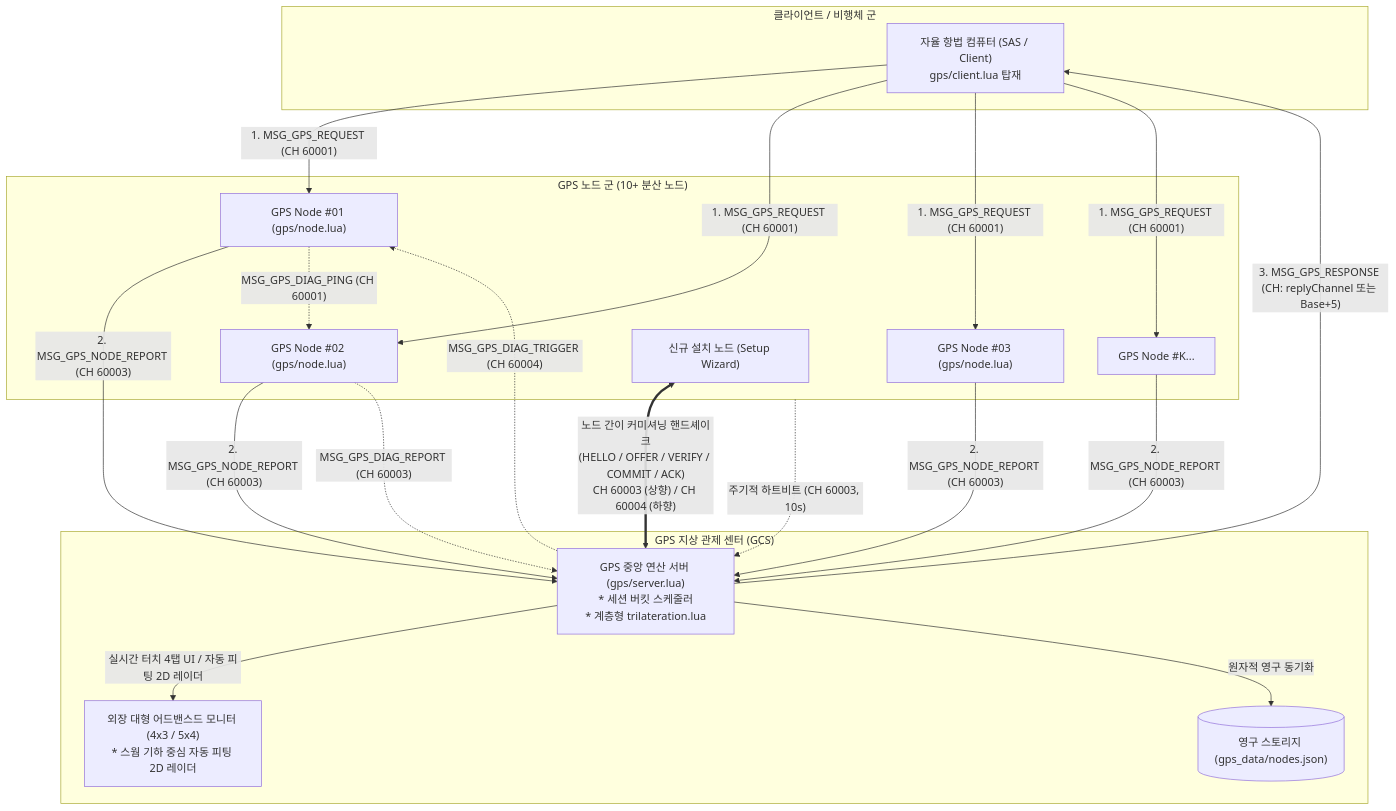
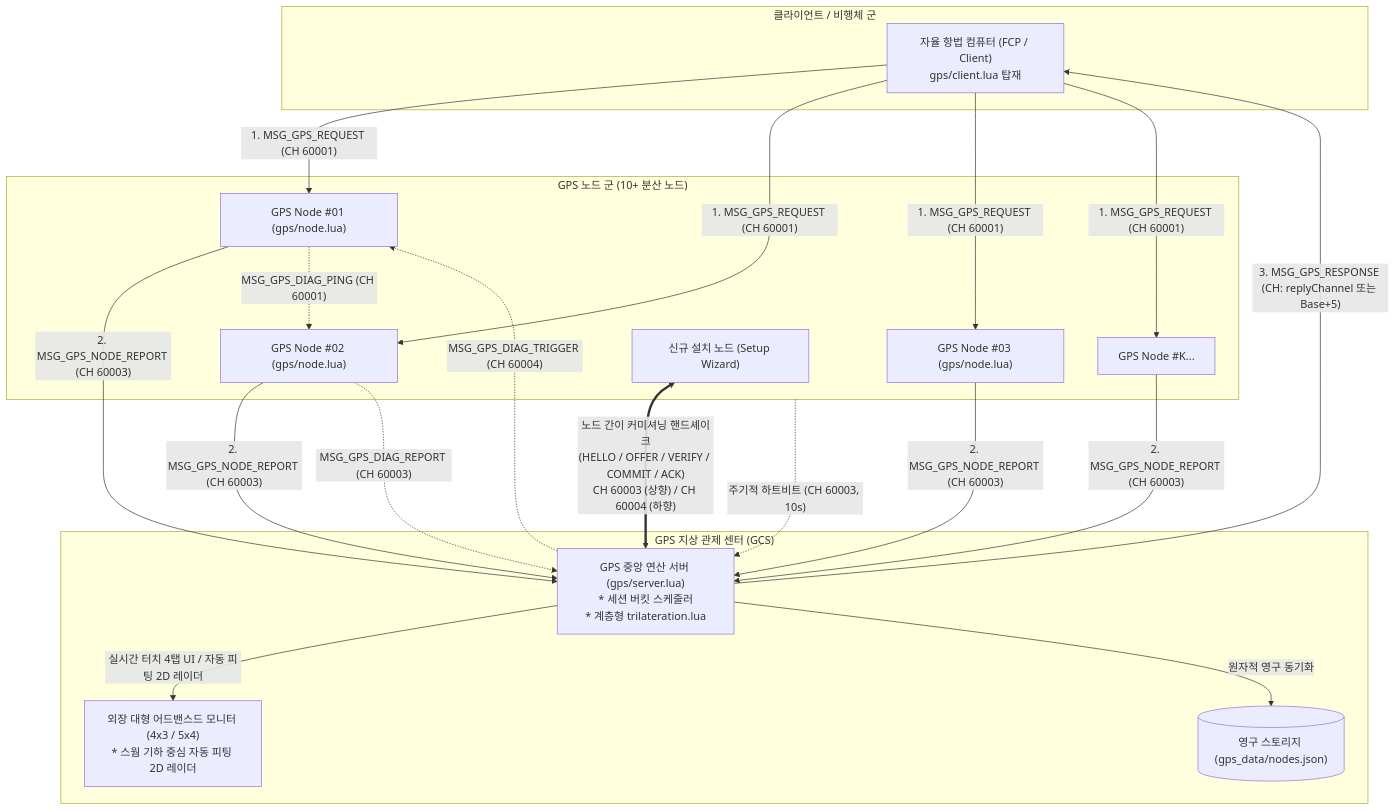
One commit to Polimachi/Aeroneutics_Autopilot changed the first of 3 diagrams in docs/specs/0_infra/gps/GPS_PROGRAM_SPECIFICATION_AND_ICD.md. Above: the diagram before and after it, drawn with Mermaid. The commit also changed other lines of this file and 9 other files, not shown here.

````diff
--- a/docs/specs/0_infra/gps/GPS_PROGRAM_SPECIFICATION_AND_ICD.md
+++ b/docs/specs/0_infra/gps/GPS_PROGRAM_SPECIFICATION_AND_ICD.md
@@ -85,48 +86,48 @@
 ```mermaid
 flowchart TD
     subgraph CLIENT_ZONE["클라이언트 / 비행체 군"]
-        SAS["자율 항법 컴퓨터 (SAS / Client)<br/>gps/client.lua 탑재"]
+        FCP["자율 항법 컴퓨터 (FCP / Client)<br/>gps/client.lua 탑재"]
     end
 
     subgraph SWARM_ZONE["GPS 노드 군 (10+ 분산 노드)"]
         N1["GPS Node #01 (gps/node.lua)"]
         N2["GPS Node #02 (gps/node.lua)"]
         N3["GPS Node #03 (gps/node.lua)"]
         NK["GPS Node #K..."]
         NEW_N["신규 설치 노드 (Setup Wizard)"]
     end
 
     subgraph SERVER_ZONE["GPS 지상 관제 센터 (GCS)"]
         SRV["GPS 중앙 연산 서버 (gps/server.lua)<br/>* 세션 버킷 스케줄러<br/>* 계층형 trilateration.lua"]
         MON["외장 대형 어드밴스드 모니터 (4x3 / 5x4)<br/>* 스웜 기하 중심 자동 피팅 2D 레이더"]
         STOR[("영구 스토리지 (gps_data/nodes.json)")]
     end
 
     %% Client Request Path
-    SAS -->|"1. MSG_GPS_REQUEST (CH 60001)"| N1
-    SAS -->|"1. MSG_GPS_REQUEST (CH 60001)"| N2
-    SAS -->|"1. MSG_GPS_REQUEST (CH 60001)"| N3
-    SAS -->|"1. MSG_GPS_REQUEST (CH 60001)"| NK
+    FCP -->|"1. MSG_GPS_REQUEST (CH 60001)"| N1
+    FCP -->|"1. MSG_GPS_REQUEST (CH 60001)"| N2
+    FCP -->|"1. MSG_GPS_REQUEST (CH 60001)"| N3
+    FCP -->|"1. MSG_GPS_REQUEST (CH 60001)"| NK
 
     %% Node Report Path
     N1 -->|"2. MSG_GPS_NODE_REPORT (CH 60003)"| SRV
     N2 -->|"2. MSG_GPS_NODE_REPORT (CH 60003)"| SRV
     N3 -->|"2. MSG_GPS_NODE_REPORT (CH 60003)"| SRV
     NK -->|"2. MSG_GPS_NODE_REPORT (CH 60003)"| SRV
 
     %% Node Heartbeat
     SWARM_ZONE -.->|"주기적 하트비트 (CH 60003, 10s)"| SRV
 
     %% Server Solve & Response
-    SRV -->|"3. MSG_GPS_RESPONSE (CH: replyChannel 또는 Base+5)"| SAS
+    SRV -->|"3. MSG_GPS_RESPONSE (CH: replyChannel 또는 Base+5)"| FCP
     SRV -->|"실시간 터치 4탭 UI / 자동 피팅 2D 레이더"| MON
     SRV -->|"원자적 영구 동기화"| STOR
 
     %% Node Commissioning Handshake Loop
     NEW_N <==>|"노드 간이 커미셔닝 핸드셰이크<br/>(HELLO / OFFER / VERIFY / COMMIT / ACK)<br/>CH 60003 (상향) / CH 60004 (하향)"| SRV
 
     %% Cross-Calibration Loop
     SRV -.->|"MSG_GPS_DIAG_TRIGGER (CH 60004)"| N1
     N1 -.->|"MSG_GPS_DIAG_PING (CH 60001)"| N2
     N2 -.->|"MSG_GPS_DIAG_REPORT (CH 60003)"| SRV
 ```
````
